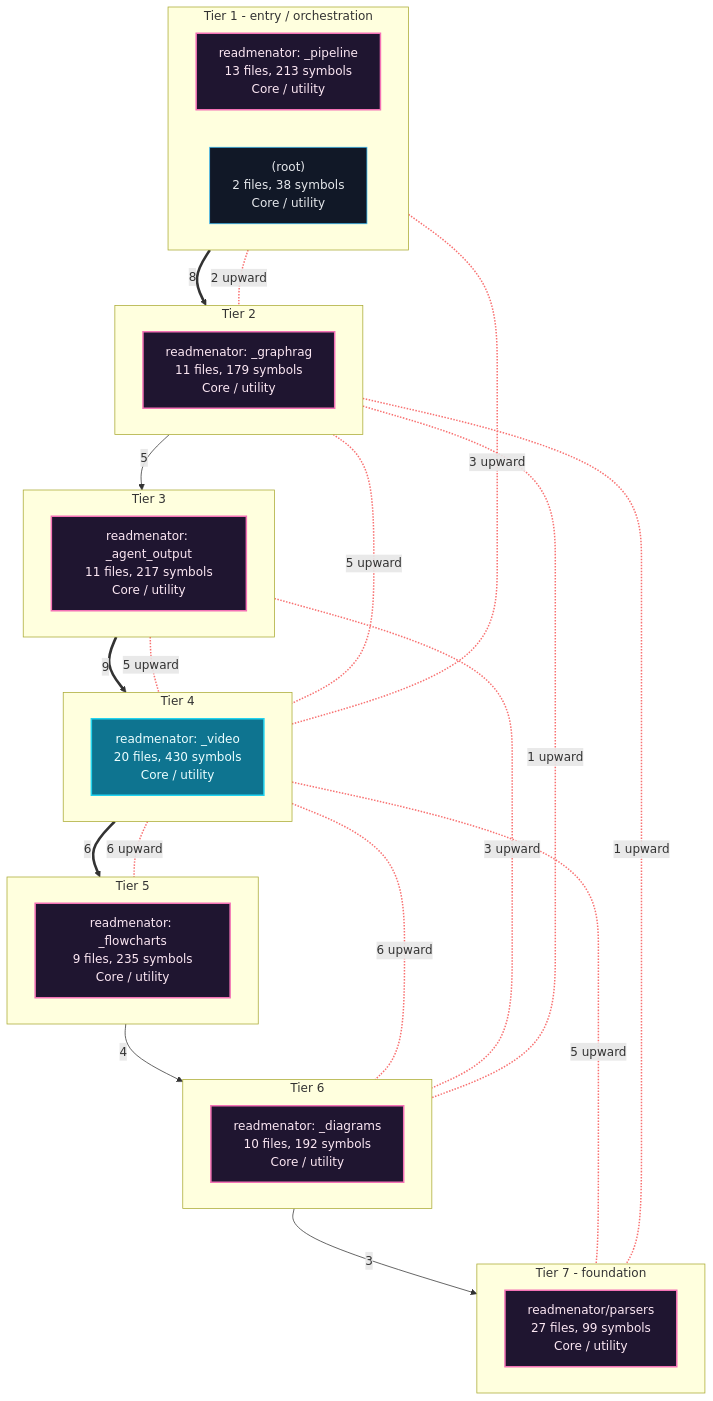
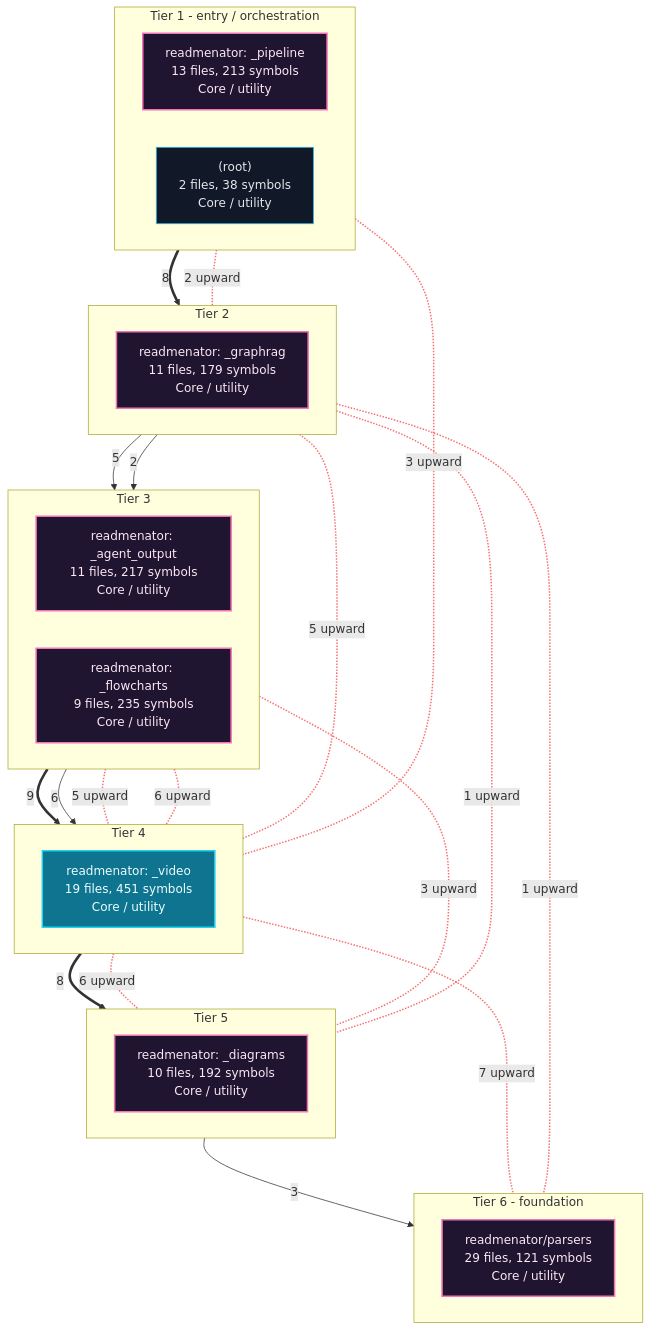
Before and after one commit to grisuno/ReadMenator: the first of 7 diagrams in readmenator-apidocs/architecture.md, drawn with Mermaid. The commit also changed other lines of this file and 203 other files, not shown here.

````diff
--- a/readmenator-apidocs/architecture.md
+++ b/readmenator-apidocs/architecture.md
@@ -11,58 +11,55 @@
 ```mermaid
 flowchart TB
     classDef cycle fill:#1f1530,stroke:#f472b6,color:#fce7f3,stroke-width:2px;
     classDef default fill:#111827,stroke:#38bdf8,color:#e5e7eb;
     classDef entry fill:#0e7490,stroke:#22d3ee,color:#ecfeff,stroke-width:2px;
     subgraph lane_0["Tier 1 - entry / orchestration"]
         direction LR
         n_c4["readmenator: _pipeline<br/>13 files, 213 symbols<br/>Core / utility"]:::cycle
         n_d__root_["(root)<br/>2 files, 38 symbols<br/>Core / utility"]:::default
     end
     subgraph lane_1["Tier 2"]
         direction LR
         n_c3["readmenator: _graphrag<br/>11 files, 179 symbols<br/>Core / utility"]:::cycle
     end
     subgraph lane_2["Tier 3"]
         direction LR
         n_c2["readmenator: _agent_output<br/>11 files, 217 symbols<br/>Core / utility"]:::cycle
+        n_c6["readmenator: _flowcharts<br/>9 files, 235 symbols<br/>Core / utility"]:::cycle
     end
     subgraph lane_3["Tier 4"]
         direction LR
-        n_c0["readmenator: _video<br/>20 files, 430 symbols<br/>Core / utility"]:::entry
+        n_c1["readmenator: _video<br/>19 files, 451 symbols<br/>Core / utility"]:::entry
     end
     subgraph lane_4["Tier 5"]
         direction LR
-        n_c6["readmenator: _flowcharts<br/>9 files, 235 symbols<br/>Core / utility"]:::cycle
-    end
-    subgraph lane_5["Tier 6"]
-        direction LR
         n_c5["readmenator: _diagrams<br/>10 files, 192 symbols<br/>Core / utility"]:::cycle
     end
-    subgraph lane_6["Tier 7 - foundation"]
+    subgraph lane_5["Tier 6 - foundation"]
         direction LR
-        n_c1["readmenator/parsers<br/>27 files, 99 symbols<br/>Core / utility"]:::cycle
+        n_c0["readmenator/parsers<br/>29 files, 121 symbols<br/>Core / utility"]:::cycle
     end
-    n_c0 ==>|"6"| n_c6
-    n_c2 ==>|"9"| n_c0
+    n_c1 ==>|"8"| n_c5
+    n_c2 ==>|"9"| n_c1
     n_c3 -->|"5"| n_c2
+    n_c3 -->|"2"| n_c6
     n_c4 ==>|"8"| n_c3
-    n_c5 -->|"3"| n_c1
-    n_c6 -->|"4"| n_c5
-    n_c2 <-.-|"5 upward"| n_c0
-    n_c3 <-.-|"5 upward"| n_c0
-    n_c4 <-.-|"3 upward"| n_c0
-    n_c0 <-.-|"5 upward"| n_c1
-    n_c3 <-.-|"1 upward"| n_c1
+    n_c5 -->|"3"| n_c0
+    n_c6 -->|"6"| n_c1
+    n_c1 <-.-|"7 upward"| n_c0
+    n_c3 <-.-|"1 upward"| n_c0
+    n_c2 <-.-|"5 upward"| n_c1
+    n_c3 <-.-|"5 upward"| n_c1
+    n_c4 <-.-|"3 upward"| n_c1
+    n_c6 <-.-|"6 upward"| n_c1
     n_c4 <-.-|"2 upward"| n_c3
-    n_c0 <-.-|"6 upward"| n_c5
+    n_c1 <-.-|"6 upward"| n_c5
     n_c2 <-.-|"3 upward"| n_c5
     n_c3 <-.-|"1 upward"| n_c5
-    n_c0 <-.-|"6 upward"| n_c6
-    linkStyle 6,7,8,9,10,11,12,13,14,15 stroke:#f87171,stroke-width:2px;
+    linkStyle 7,8,9,10,11,12,13,14,15,16 stroke:#f87171,stroke-width:2px;
     n_c4 ~~~ n_c3
     n_c3 ~~~ n_c2
-    n_c2 ~~~ n_c0
-    n_c0 ~~~ n_c6
-    n_c6 ~~~ n_c5
-    n_c5 ~~~ n_c1
+    n_c2 ~~~ n_c1
+    n_c1 ~~~ n_c5
+    n_c5 ~~~ n_c0
 ```
````
